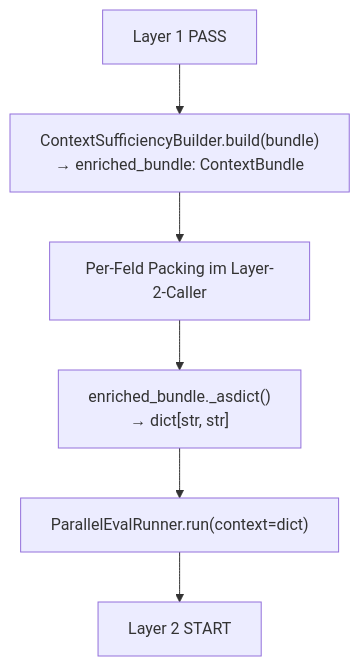
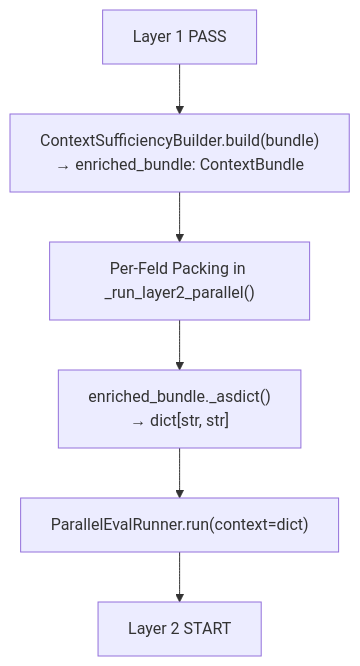
One commit to saltenhof/claude-agentkit3 changed the second of 4 diagrams in concept/technical-design/34_llm_bewertungen_adversarial_testing_runtime.md. Above: the diagram before and after it, drawn with Mermaid. The commit also changed other lines of this file and 10 other files, not shown here.

````diff
--- a/concept/technical-design/34_llm_bewertungen_adversarial_testing_runtime.md
+++ b/concept/technical-design/34_llm_bewertungen_adversarial_testing_runtime.md
@@ -338,8 +340,8 @@
 ```mermaid
 flowchart TD
     L1["Layer 1 PASS"] --> CSB["ContextSufficiencyBuilder.build(bundle)<br/>→ enriched_bundle: ContextBundle"]
-    CSB --> PACK["Per-Feld Packing im Layer-2-Caller"]
+    CSB --> PACK["Per-Feld Packing in _run_layer2_parallel()"]
     PACK --> CONV["enriched_bundle._asdict()<br/>→ dict[str, str]"]
     CONV --> RUN["ParallelEvalRunner.run(context=dict)"]
     RUN --> L2["Layer 2 START"]
 ```
````
